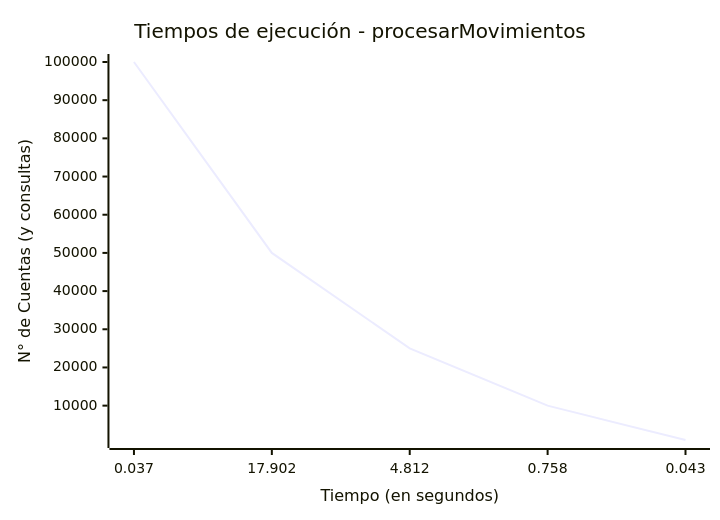
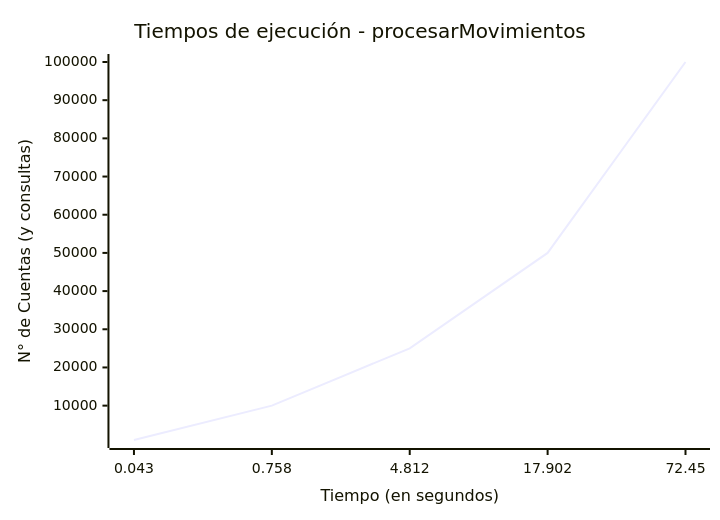
One commit to Auchan22/AYED changed the first of 2 diagrams in bin/tp4/ej1/ejercicio1.md. Above: the diagram before and after it, drawn with Mermaid. The commit also changed other lines of this file and 4 other files, not shown here.

````diff
--- a/bin/tp4/ej1/ejercicio1.md
+++ b/bin/tp4/ej1/ejercicio1.md
@@ -12,7 +14,7 @@
 ```mermaid
 xychart-beta
     title "Tiempos de ejecución - procesarMovimientos"
-    x-axis "Tiempo (en segundos)"["0.037", "17.902", "4.812", "0.758", "0.043"]
+    x-axis "Tiempo (en segundos)"["0.043", "0.758", "4.812", "17.902", "72.45"]
     y-axis "N° de Cuentas (y consultas)" 1000 --> 100000
-    line [100000, 50000, 25000, 10000, 1000]
+    line [1000, 10000, 25000, 50000, 100000]
 ```
````
